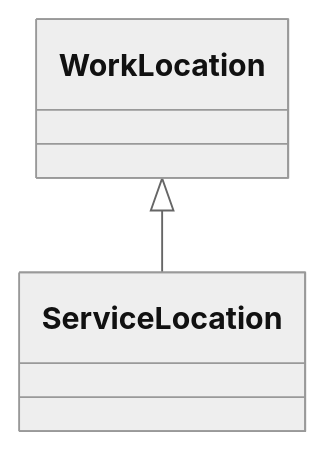
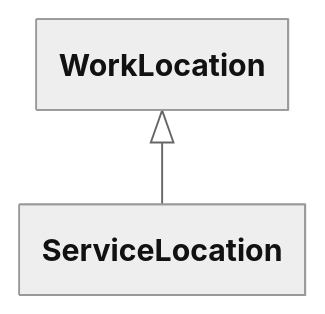
One commit to cim-cgmes/cim-cgmes.github.io changed the diagram in pages/docs/Classes/ServiceLocation.md. Above: the diagram before and after it, drawn with Mermaid (neutral theme). The commit also changed 561 other files, not shown here.

````diff
--- a/pages/docs/Classes/ServiceLocation.md
+++ b/pages/docs/Classes/ServiceLocation.md
@@ -7,4 +7,10 @@
 ```mermaid
+---
+  config:
+    class:
+      hideEmptyMembersBox: true
+---
 classDiagram
     WorkLocation <|-- ServiceLocation
+    click WorkLocation href "WorkLocation"
 ```
````
